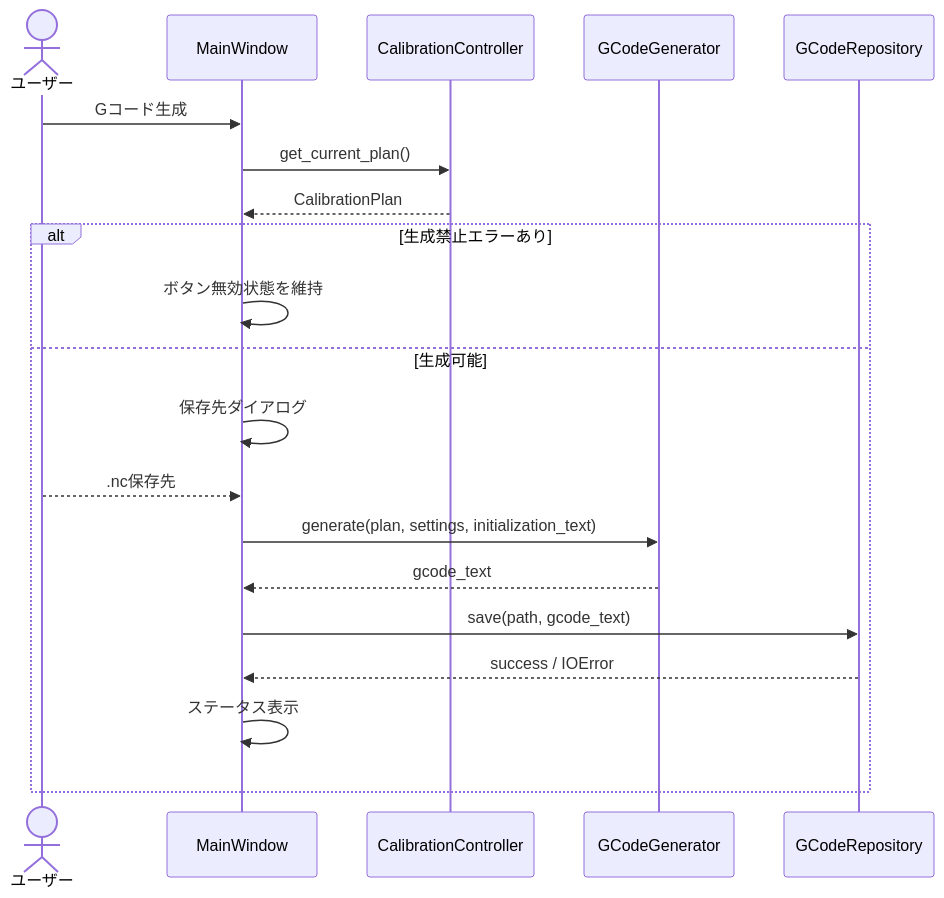
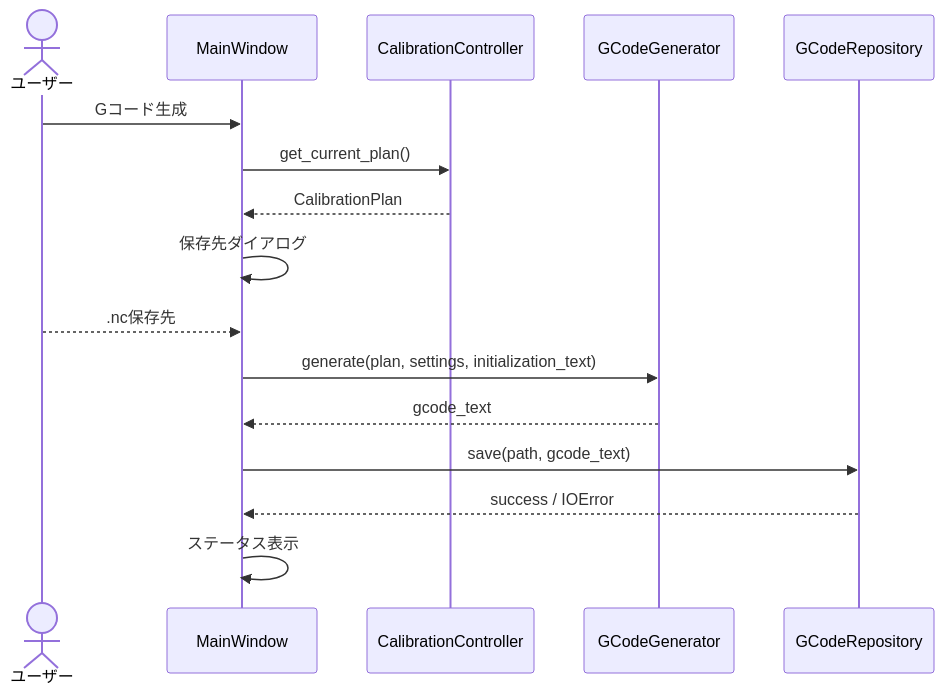
Before and after one commit to Pakfat50/FiveHolePitotTubeCalibration: the seventh of 12 diagrams in docs/architecture_design.md, drawn with Mermaid. The commit also changed other lines of this file, not shown here.

Commit message:
docs: split internal diagram into call tree and data flow

````diff
--- a/docs/architecture_design.md
+++ b/docs/architecture_design.md
@@ -215,23 +197,18 @@
 ```mermaid
 sequenceDiagram
     actor User as ユーザー
     participant MainWindow
     participant Controller as CalibrationController
     participant Generator as GCodeGenerator
     participant GCodeRepo as GCodeRepository
-
     User->>MainWindow: Gコード生成
     MainWindow->>Controller: get_current_plan()
     Controller-->>MainWindow: CalibrationPlan
-    alt 生成禁止エラーあり
-        MainWindow->>MainWindow: ボタン無効状態を維持
-    else 生成可能
-        MainWindow->>MainWindow: 保存先ダイアログ
-        User-->>MainWindow: .nc保存先
-        MainWindow->>Generator: generate(plan, settings, initialization_text)
-        Generator-->>MainWindow: gcode_text
-        MainWindow->>GCodeRepo: save(path, gcode_text)
-        GCodeRepo-->>MainWindow: success / IOError
-        MainWindow->>MainWindow: ステータス表示
-    end
+    MainWindow->>MainWindow: 保存先ダイアログ
+    User-->>MainWindow: .nc保存先
+    MainWindow->>Generator: generate(plan, settings, initialization_text)
+    Generator-->>MainWindow: gcode_text
+    MainWindow->>GCodeRepo: save(path, gcode_text)
+    GCodeRepo-->>MainWindow: success / IOError
+    MainWindow->>MainWindow: ステータス表示
 ```
````
